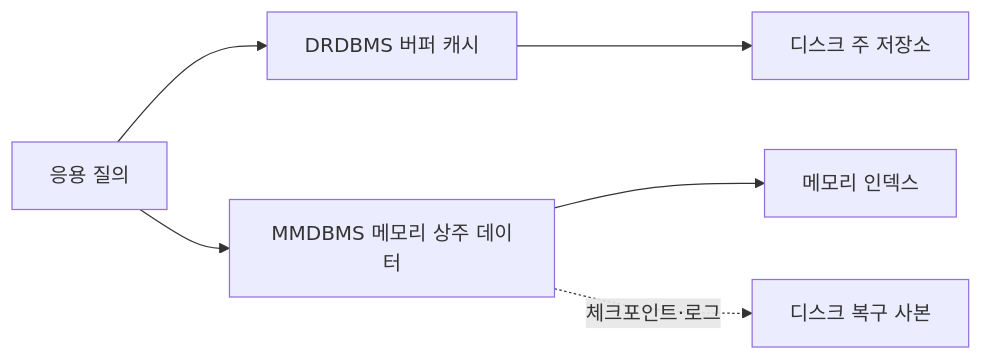
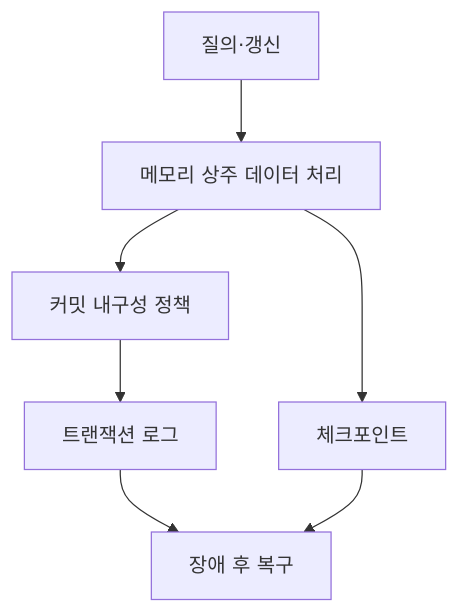
Before and after one commit to agnusdei1207/study: the first of 3 diagrams in src/content/docs/notes/itpe/03-data/160_mmdbms.md, drawn with Mermaid. The commit also changed other lines of this file, not shown here.

Commit message:
docs(itpe): refocus MMDBMS on processing and recovery

````diff
--- a/src/content/docs/notes/itpe/03-data/160_mmdbms.md
+++ b/src/content/docs/notes/itpe/03-data/160_mmdbms.md
@@ -117,8 +60,9 @@
 ```mermaid
-flowchart LR
-    A[응용 질의] --> B[DRDBMS 버퍼 캐시]
-    B --> C[디스크 주 저장소]
-    A --> D[MMDBMS 메모리 상주 데이터]
-    D --> E[메모리 인덱스]
-    D -. 체크포인트·로그 .-> F[디스크 복구 사본]
+flowchart TB
+    A[질의·갱신] --> B[메모리 상주 데이터 처리]
+    B --> C[커밋 내구성 정책]
+    C --> D[트랜잭션 로그]
+    B --> E[체크포인트]
+    D --> F[장애 후 복구]
+    E --> F
 ```
````
